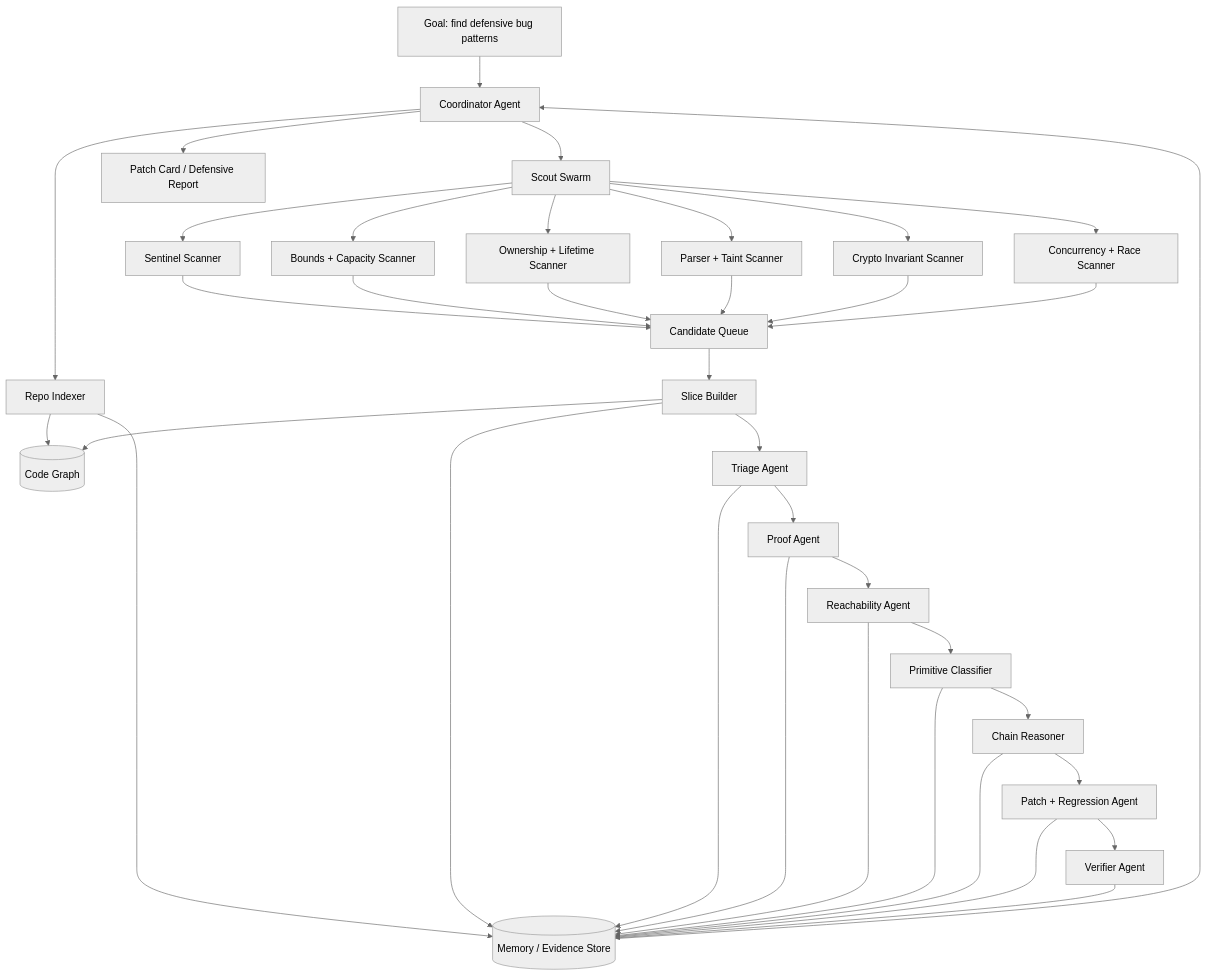
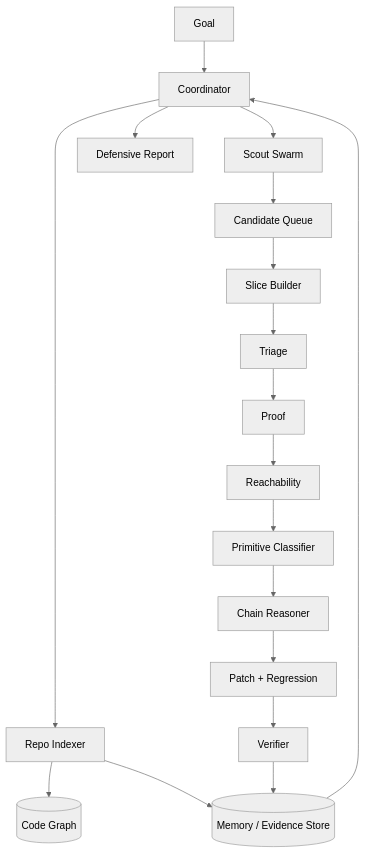
One commit to harsha-gouru/claude-mythos-re changed the diagram in README.md. Above: the diagram before and after it, drawn with Mermaid (neutral theme). The commit also changed other lines of this file and 38 other files, not shown here.

````diff
--- a/README.md
+++ b/README.md
@@ -36,46 +48,20 @@
 ```mermaid
 flowchart TD
-    U[Goal: find defensive bug patterns] --> C[Coordinator Agent]
-
+    U[Goal] --> C[Coordinator]
     C --> I[Repo Indexer]
     I --> CG[(Code Graph)]
     I --> M[(Memory / Evidence Store)]
-
     C --> S[Scout Swarm]
-    S --> S1[Sentinel Scanner]
-    S --> S2[Bounds + Capacity Scanner]
-    S --> S3[Ownership + Lifetime Scanner]
-    S --> S4[Parser + Taint Scanner]
-    S --> S5[Crypto Invariant Scanner]
-    S --> S6[Concurrency + Race Scanner]
-
-    S1 --> Q[Candidate Queue]
-    S2 --> Q
-    S3 --> Q
-    S4 --> Q
-    S5 --> Q
-    S6 --> Q
-
+    S --> Q[Candidate Queue]
     Q --> SB[Slice Builder]
-    SB --> CG
-    SB --> M
-    SB --> T[Triage Agent]
-
-    T --> P[Proof Agent]
-    P --> R[Reachability Agent]
+    SB --> T[Triage]
+    T --> P[Proof]
+    P --> R[Reachability]
     R --> PC[Primitive Classifier]
     PC --> CH[Chain Reasoner]
-    CH --> PA[Patch + Regression Agent]
-    PA --> V[Verifier Agent]
-
-    T --> M
-    P --> M
-    R --> M
-    PC --> M
-    CH --> M
-    PA --> M
+    CH --> PA[Patch + Regression]
+    PA --> V[Verifier]
     V --> M
-
     M --> C
-    C --> O[Patch Card / Defensive Report]
+    C --> O[Defensive Report]
 ```
````
